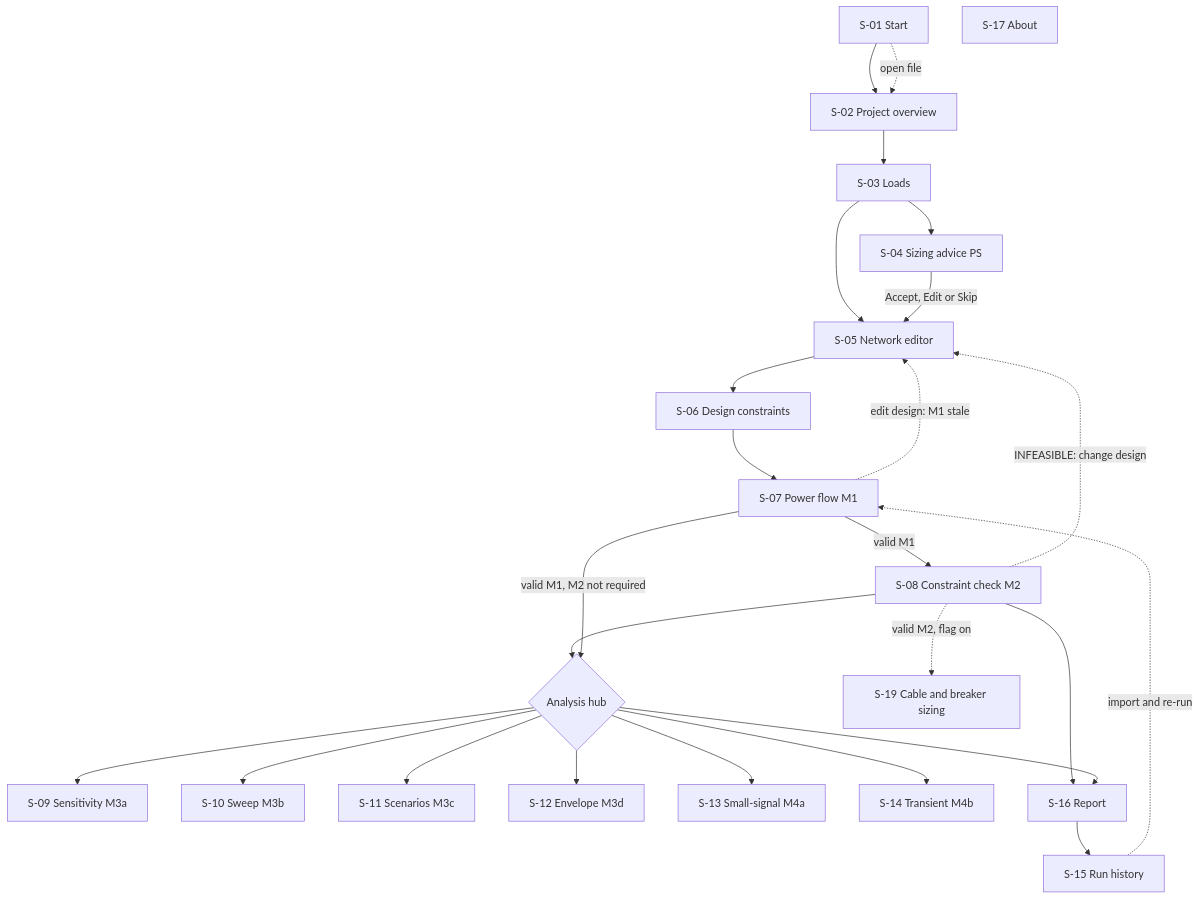
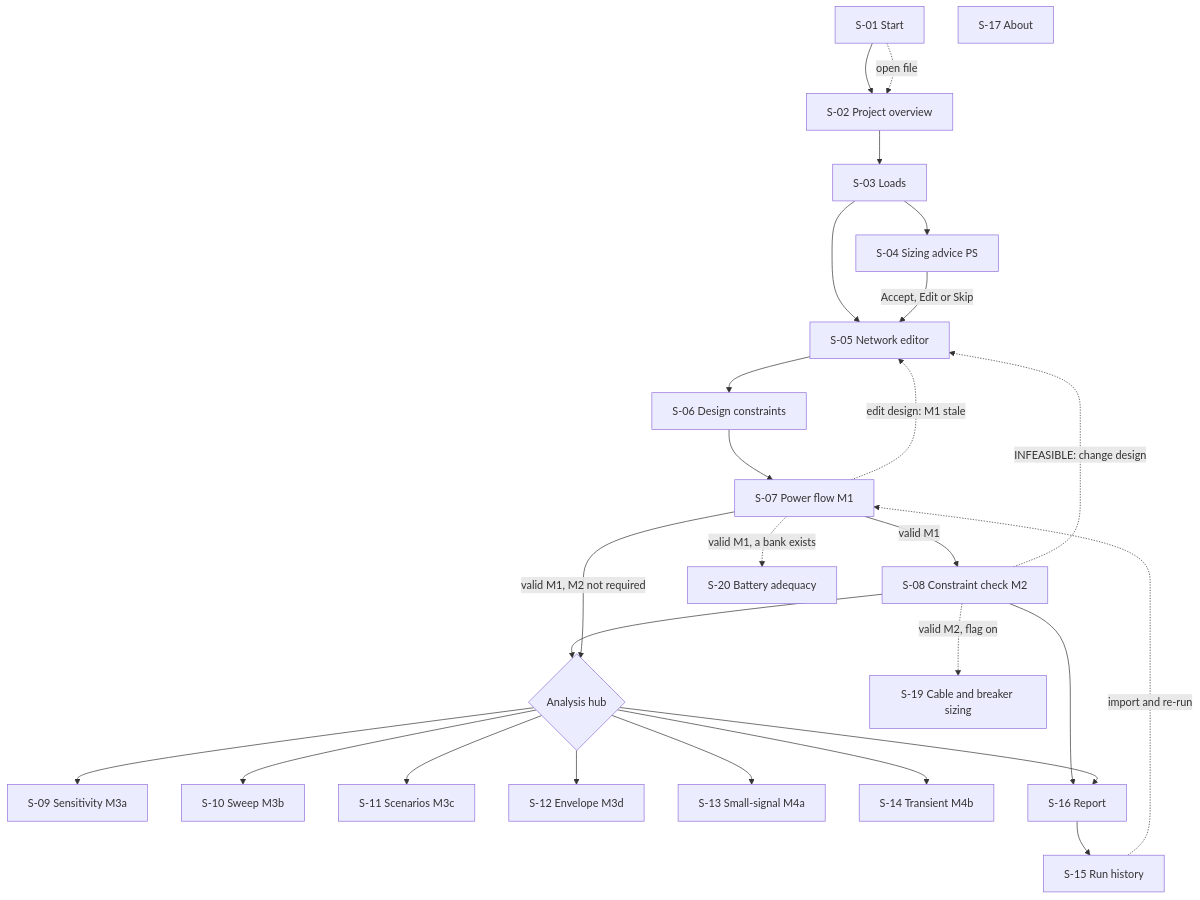
Before and after one commit to ralif444/Microgrid-Design-Tool: the first of 5 diagrams in docs/07_ui_ia.md, drawn with Mermaid. The commit also changed other lines of this file and 59 other files, not shown here.

First line of the commit message:
Battery adequacy advisories BESS-0 to BESS-5 (ADR-015, D-106 to D-111)

````diff
--- a/docs/07_ui_ia.md
+++ b/docs/07_ui_ia.md
@@ -104,28 +109,29 @@
 ```mermaid
 flowchart TB
     S01["S-01 Start"] --> S02["S-02 Project overview"]
     S02 --> S03["S-03 Loads"]
     S03 --> S04["S-04 Sizing advice PS"]
     S03 --> S05["S-05 Network editor"]
     S04 -- "Accept, Edit or Skip" --> S05
     S05 --> S06["S-06 Design constraints"]
     S06 --> S07["S-07 Power flow M1"]
     S07 -- "valid M1" --> S08["S-08 Constraint check M2"]
     S08 --> SIDE{"Analysis hub"}
     S07 -- "valid M1, M2 not required" --> SIDE
     SIDE --> S09["S-09 Sensitivity M3a"]
     SIDE --> S10["S-10 Sweep M3b"]
     SIDE --> S11["S-11 Scenarios M3c"]
     SIDE --> S12["S-12 Envelope M3d"]
     SIDE --> S13["S-13 Small-signal M4a"]
     SIDE --> S14["S-14 Transient M4b"]
     S08 -. "valid M2, flag on" .-> S19["S-19 Cable and breaker sizing"]
+    S07 -. "valid M1, a bank exists" .-> S20["S-20 Battery adequacy"]
     S08 --> S16["S-16 Report"]
     SIDE --> S16
     S16 --> S15["S-15 Run history"]
     S07 -. "edit design: M1 stale" .-> S05
     S08 -. "INFEASIBLE: change design" .-> S05
     S15 -. "import and re-run" .-> S07
     S01 -. "open file" .-> S02
     ABOUT["S-17 About"]
 ```
````
